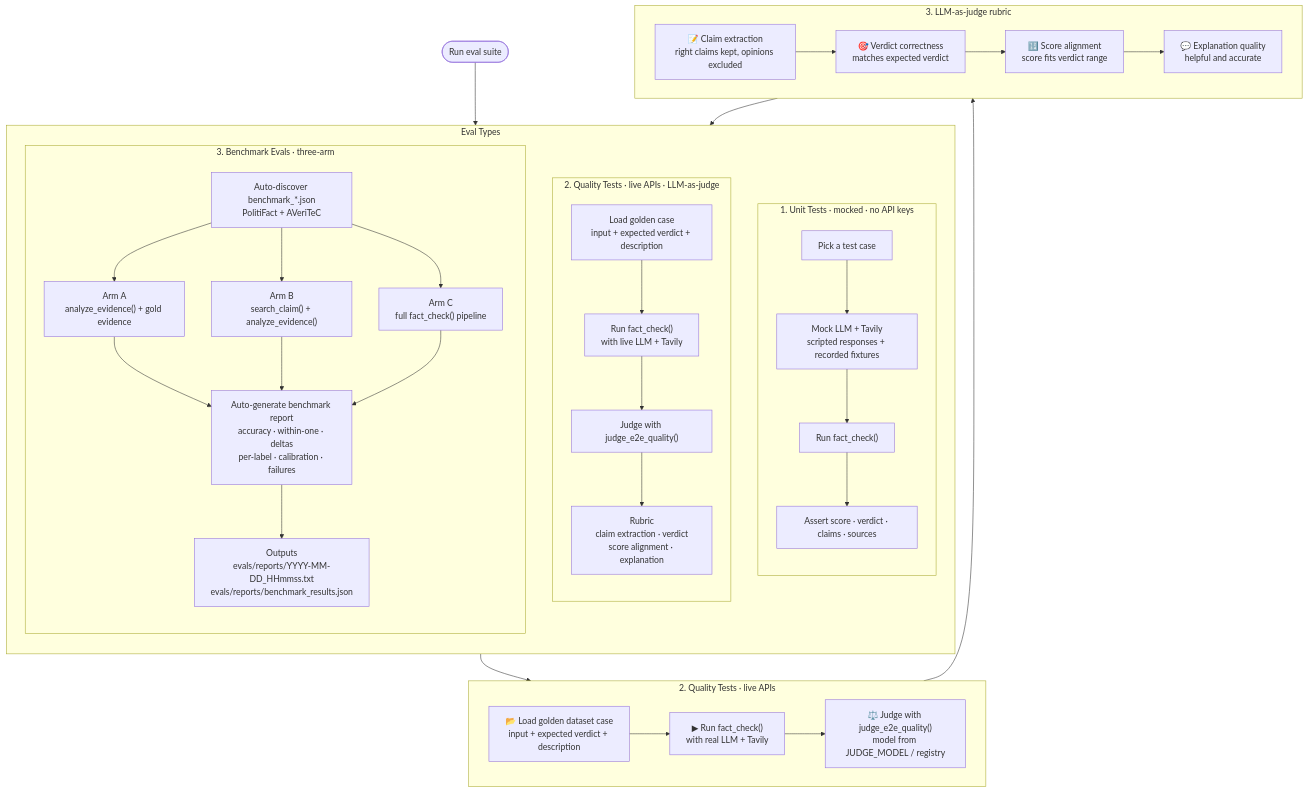
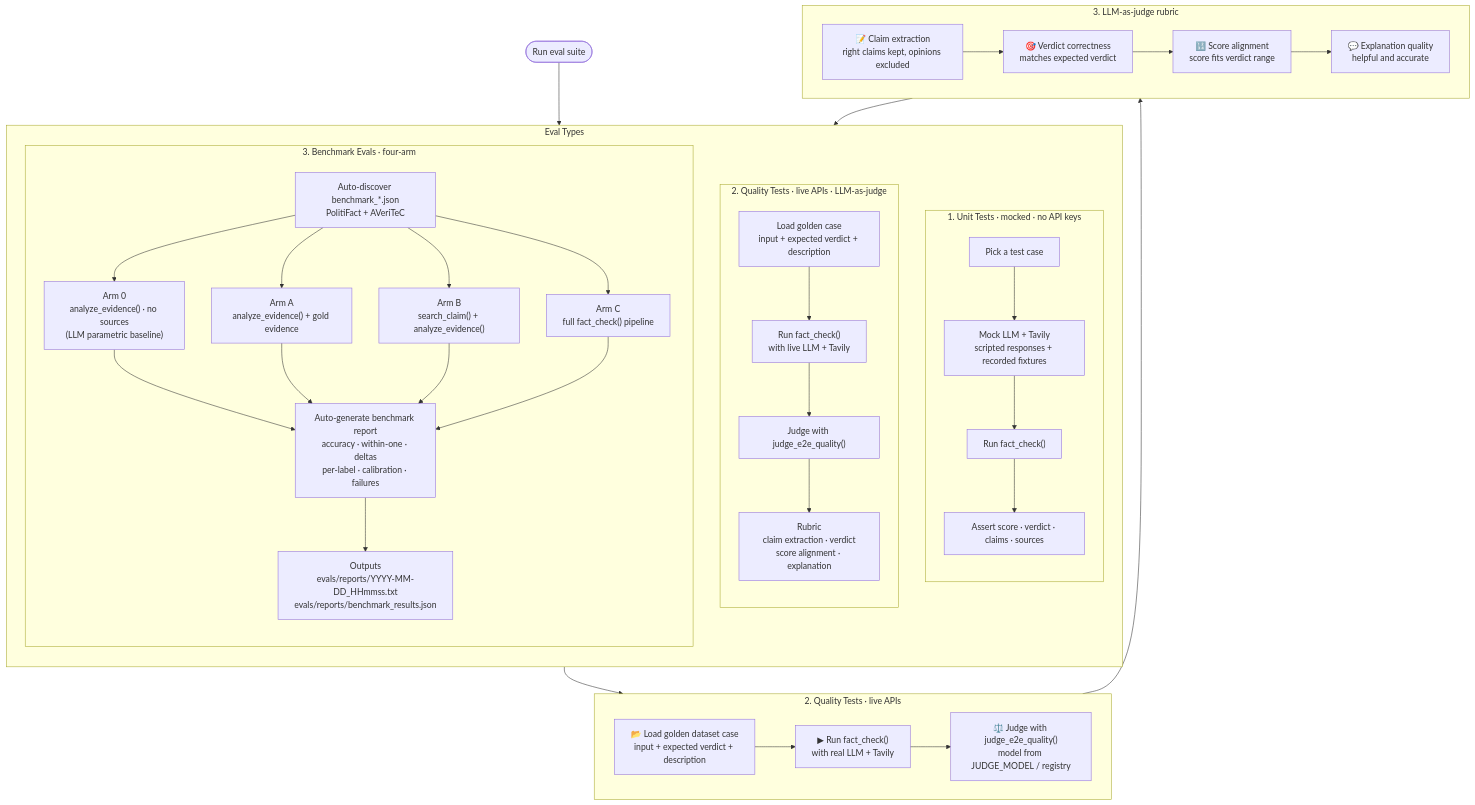
The second of 2 diagrams in README.md (adilliadil/Factify), drawn with Mermaid before and after one commit. The commit also changed other lines of this file and 4 other files, not shown here.

````diff
--- a/README.md
+++ b/README.md
@@ -158,64 +159,67 @@
 ```mermaid
 flowchart TB
     A([Run eval suite]) --> E
 
     subgraph E["Eval Types"]
         direction TB
 
         subgraph U["1. Unit Tests · mocked · no API keys"]
             direction TB
             U1["Pick a test case"]
             U2["Mock LLM + Tavily<br/>scripted responses + recorded fixtures"]
             U3["Run fact_check()"]
             U4["Assert score · verdict · claims · sources"]
             U1 --> U2 --> U3 --> U4
         end
 
         subgraph Q["2. Quality Tests · live APIs · LLM-as-judge"]
             direction TB
             Q1["Load golden case<br/>input + expected verdict + description"]
             Q2["Run fact_check()<br/>with live LLM + Tavily"]
             Q3["Judge with judge_e2e_quality()"]
             Q4["Rubric<br/>claim extraction · verdict<br/>score alignment · explanation"]
             Q1 --> Q2 --> Q3 --> Q4
         end
 
-        subgraph B["3. Benchmark Evals · three-arm"]
+        subgraph B["3. Benchmark Evals · four-arm"]
             direction TB
             B0["Auto-discover benchmark_*.json<br/>PolitiFact + AVeriTeC"]
+            Bb["Arm 0<br/>analyze_evidence() · no sources<br/>(LLM parametric baseline)"]
             B1["Arm A<br/>analyze_evidence() + gold evidence"]
             B2["Arm B<br/>search_claim() + analyze_evidence()"]
             B3["Arm C<br/>full fact_check() pipeline"]
             B4["Auto-generate benchmark report<br/>accuracy · within-one · deltas<br/>per-label · calibration · failures"]
             B5["Outputs<br/>evals/reports/YYYY-MM-DD_HHmmss.txt<br/>evals/reports/benchmark_results.json"]
+            B0 --> Bb
             B0 --> B1
             B0 --> B2
             B0 --> B3
+            Bb --> B4
             B1 --> B4
             B2 --> B4
             B3 --> B4
             B4 --> B5
         end
     end
 
     B --> C
 
     subgraph C["2. Quality Tests  ·  live APIs"]
         C1["📂 Load golden dataset case<br/>input + expected verdict + description"]
         C2["▶ Run fact_check()<br/>with real LLM + Tavily"]
         C3["⚖️ Judge with judge_e2e_quality()<br/>model from JUDGE_MODEL / registry"]
         C1 --> C2 --> C3
     end
 
     C --> D
 
     subgraph D["3. LLM-as-judge rubric"]
         D1["📝 Claim extraction<br/>right claims kept, opinions excluded"]
         D2["🎯 Verdict correctness<br/>matches expected verdict"]
         D3["🔢 Score alignment<br/>score fits verdict range"]
         D4["💬 Explanation quality<br/>helpful and accurate"]
         D1 --> D2 --> D3 --> D4
     end
 
     D --> E{Pass?}
 ```
````
